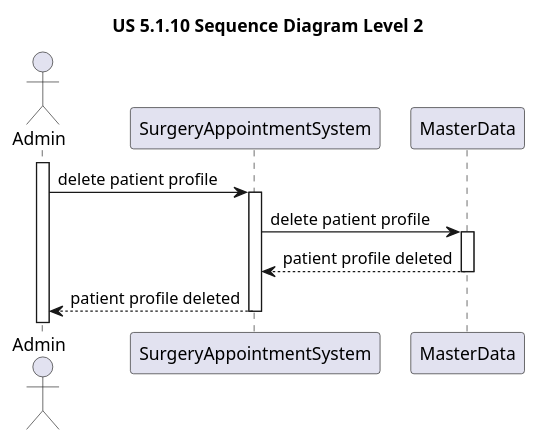
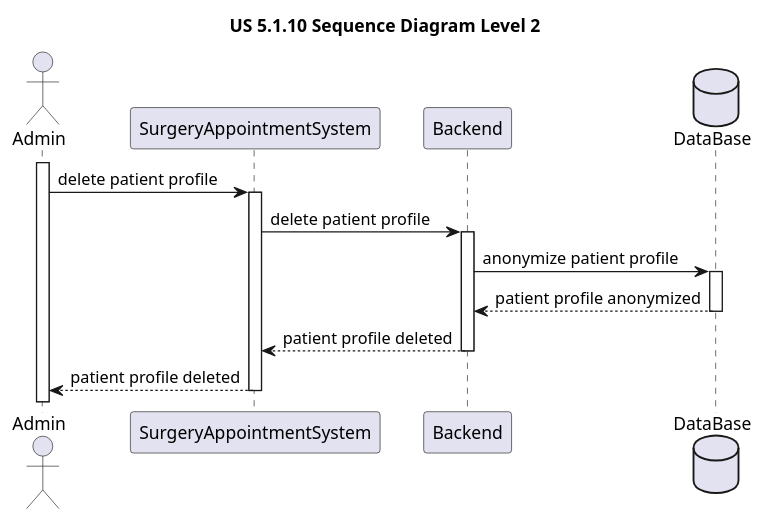
Before and after one commit to MateusCabral2004/sem5pi: the diagram in docs/Sprint 1/US 5.1.10/Sequence Diagrams/Level2/SD_Level2.puml, drawn with PlantUML. The commit also changed 7 other files, not shown here.

Commit message:
#23 sequence diagram level 1

```diff
--- a/docs/Sprint 1/US 5.1.10/Sequence Diagrams/Level2/SD_Level2.puml
+++ b/docs/Sprint 1/US 5.1.10/Sequence Diagrams/Level2/SD_Level2.puml
@@ -1,23 +1,29 @@
 @startuml
 title US 5.1.10 Sequence Diagram Level 2
 
 actor Admin
 participant SurgeryAppointmentSystem
-participant MasterData
+participant Backend
+database DataBase
 
 activate Admin
 
 Admin -> SurgeryAppointmentSystem: delete patient profile
 
 activate SurgeryAppointmentSystem
 
-SurgeryAppointmentSystem -> MasterData: delete patient profile
+SurgeryAppointmentSystem -> Backend: delete patient profile
+activate Backend
 
-activate MasterData
+Backend -> DataBase: anonymize patient profile
+activate DataBase
 
-MasterData --> SurgeryAppointmentSystem: patient profile deleted
-deactivate MasterData
+DataBase --> Backend: patient profile anonymized
+deactivate DataBase
+
+Backend --> SurgeryAppointmentSystem: patient profile deleted
+deactivate Backend
 
 SurgeryAppointmentSystem --> Admin: patient profile deleted
 deactivate SurgeryAppointmentSystem
 @enduml
```
